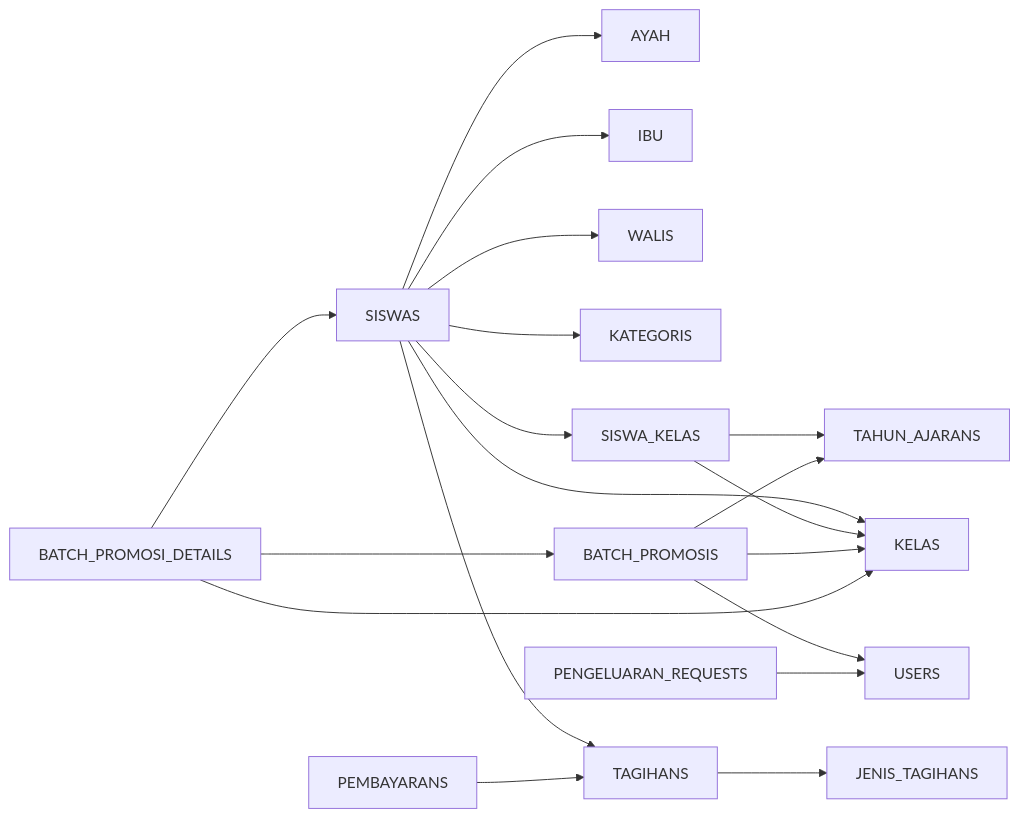
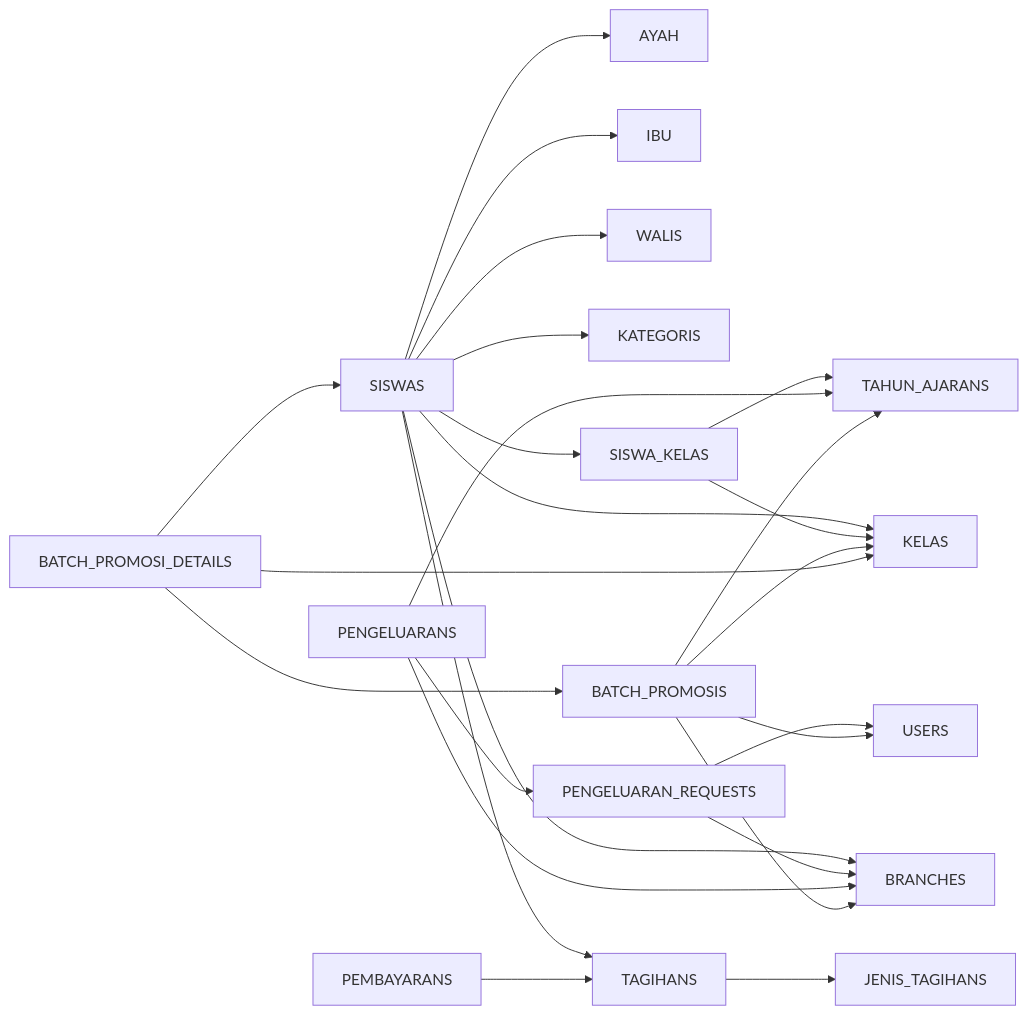
Before and after one commit to Fathurrahman-R/Manajemen-Keuangan-dan-SPP-Handayani: the third of 3 diagrams in .qoder/repowiki/en/content/Database Schema Design/Database Schema Design.md, drawn with Mermaid. The commit also changed other lines of this file and 32 other files, not shown here.

````diff
--- a/.qoder/repowiki/en/content/Database Schema Design/Database Schema Design.md
+++ b/.qoder/repowiki/en/content/Database Schema Design/Database Schema Design.md
@@ -531,21 +623,27 @@
 ```mermaid
 graph LR
 SISWAS --> AYAH
 SISWAS --> IBU
 SISWAS --> WALIS
 SISWAS --> KELAS
 SISWAS --> KATEGORIS
 SISWAS --> TAGIHANS
 SISWAS --> SISWA_KELAS
+SISWAS --> BRANCHES
 SISWA_KELAS --> KELAS
 SISWA_KELAS --> TAHUN_AJARANS
 TAGIHANS --> JENIS_TAGIHANS
 PEMBAYARANS --> TAGIHANS
+PENGELUARAN_REQUESTS --> USERS
+PENGELUARAN_REQUESTS --> BRANCHES
+PENGELUARANS --> PENGELUARAN_REQUESTS
+PENGELUARANS --> BRANCHES
+PENGELUARANS --> TAHUN_AJARANS
 BATCH_PROMOSIS --> TAHUN_AJARANS
 BATCH_PROMOSIS --> KELAS
 BATCH_PROMOSIS --> USERS
+BATCH_PROMOSIS --> BRANCHES
 BATCH_PROMOSI_DETAILS --> BATCH_PROMOSIS
 BATCH_PROMOSI_DETAILS --> SISWAS
 BATCH_PROMOSI_DETAILS --> KELAS
-PENGELUARAN_REQUESTS --> USERS
 ```
````
